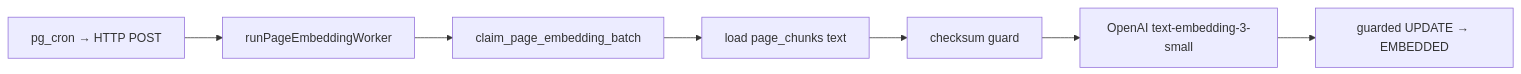
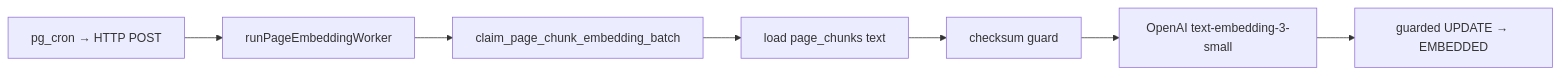
The diagram in docs/semantic/page_embedding.md (carlos-tamarind/tamarind-app), drawn with Mermaid before and after one commit. The commit also changed other lines of this file and 8 other files, not shown here.

````diff
--- a/docs/semantic/page_embedding.md
+++ b/docs/semantic/page_embedding.md
@@ -9,9 +9,9 @@
 ```mermaid
 flowchart LR
   Cron["pg_cron → HTTP POST"] --> Worker["runPageEmbeddingWorker"]
-  Worker --> Claim["claim_page_embedding_batch"]
+  Worker --> Claim["claim_page_chunk_embedding_batch"]
   Claim --> Load["load page_chunks text"]
   Load --> Guard["checksum guard"]
   Guard --> Embed["OpenAI text-embedding-3-small"]
   Embed --> Persist["guarded UPDATE → EMBEDDED"]
 ```
````
